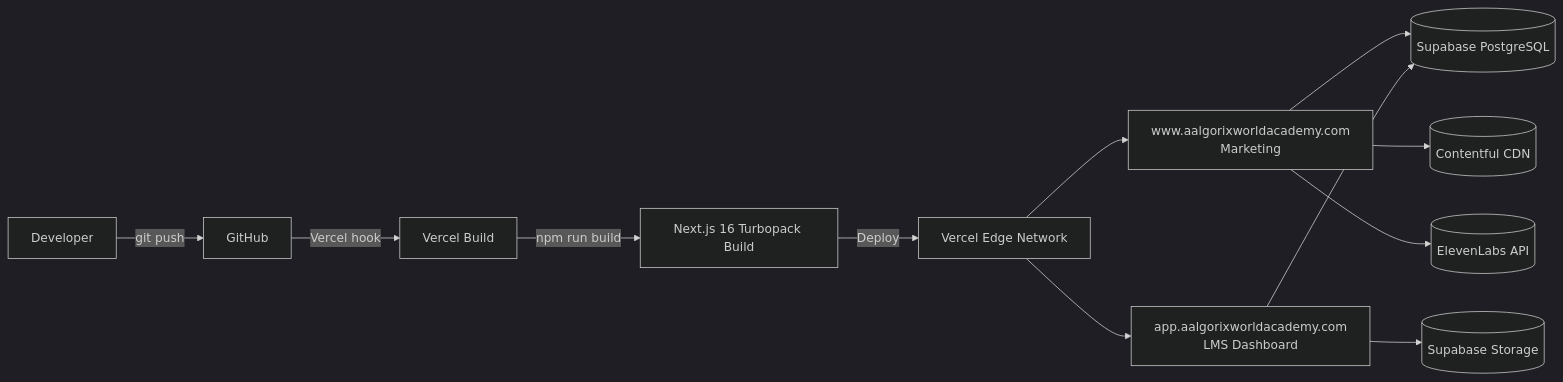
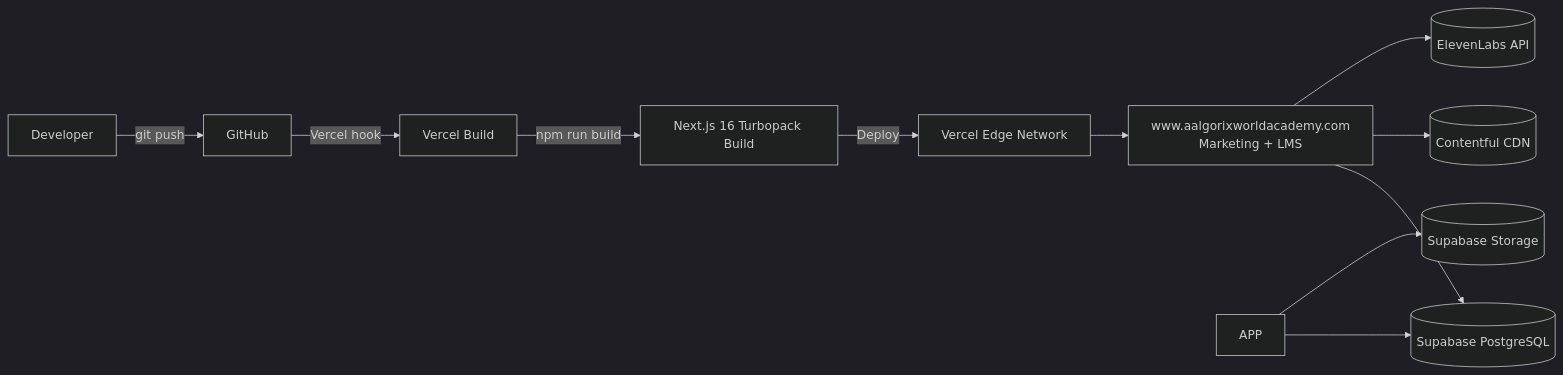
The seventh of 7 diagrams in docs/MASTER_DOCUMENTATION.md (aalgorix/aalgorix-world-academy), drawn with Mermaid (dark theme) before and after one commit. The commit also changed other lines of this file and 55 other files, not shown here.

````diff
--- a/docs/MASTER_DOCUMENTATION.md
+++ b/docs/MASTER_DOCUMENTATION.md
@@ -1544,16 +1544,15 @@
 ```mermaid
 graph LR
     Developer -->|git push| GitHub
     GitHub -->|Vercel hook| VercelCI[Vercel Build]
     VercelCI -->|npm run build| NextBuild[Next.js 16 Turbopack Build]
     NextBuild -->|Deploy| VercelEdge[Vercel Edge Network]
     
-    VercelEdge --> WWW[www.aalgorixworldacademy.com<br/>Marketing]
-    VercelEdge --> APP[app.aalgorixworldacademy.com<br/>LMS Dashboard]
+    VercelEdge --> WWW[www.aalgorixworldacademy.com<br/>Marketing + LMS]
     
     WWW --> SupabaseDB[(Supabase PostgreSQL)]
     APP --> SupabaseDB
     APP --> SupabaseStorage[(Supabase Storage)]
     WWW --> ContentfulCDN[(Contentful CDN)]
     WWW --> ElevenLabs[(ElevenLabs API)]
 ```
````
